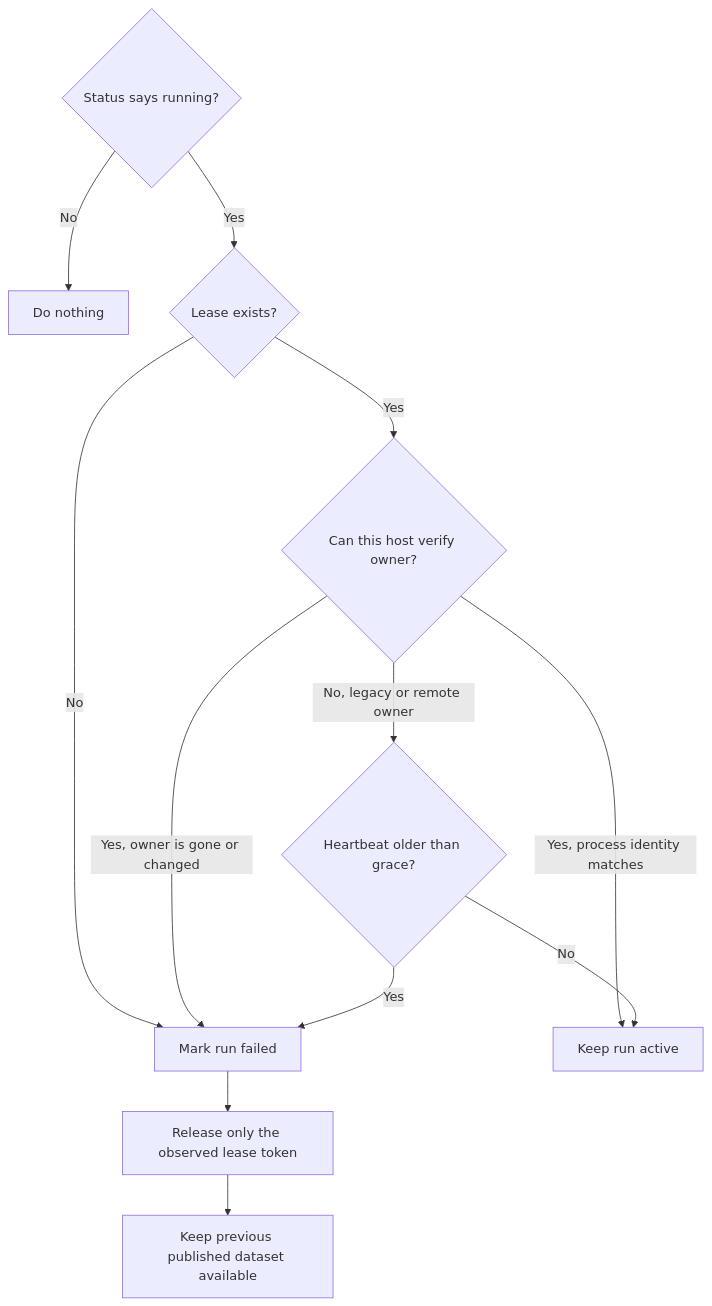
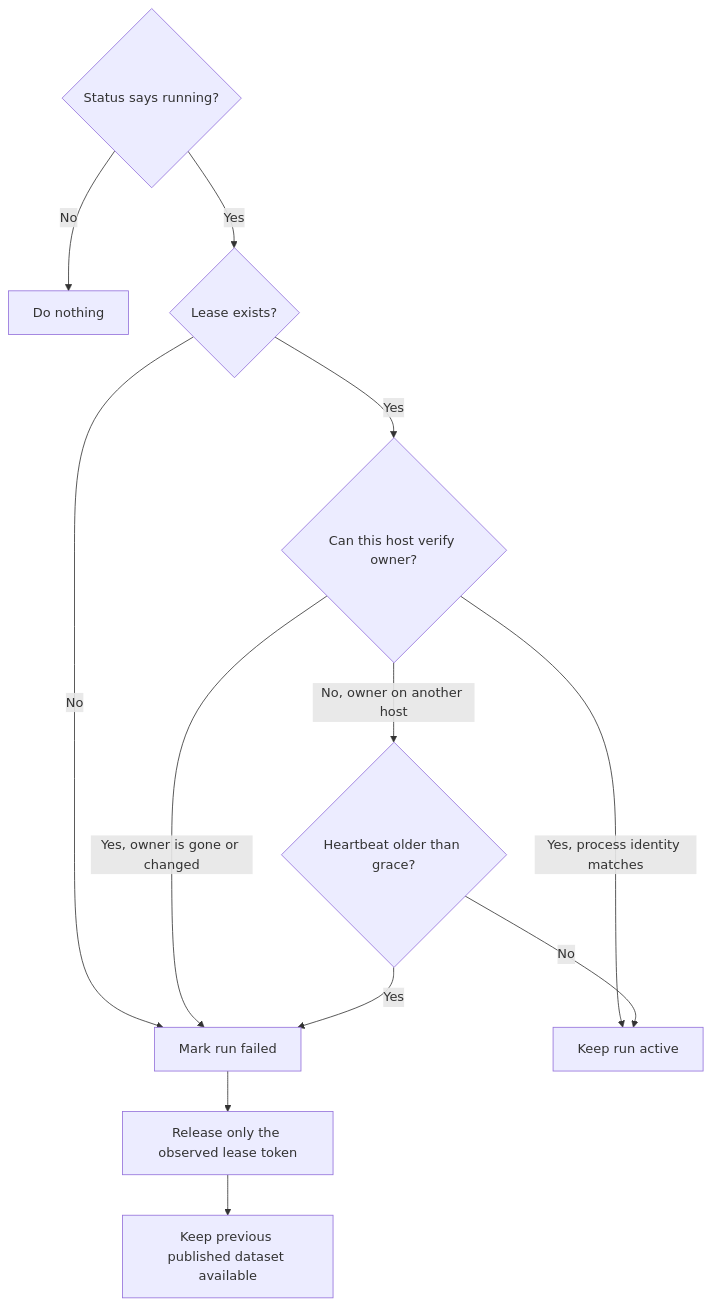
The second of 2 diagrams in documentation/3.3 Background Scheduler.md (openTdataCH/stop_sync_osm_atlas), drawn with Mermaid before and after one commit. The commit also changed other lines of this file and 53 other files, not shown here.

````diff
--- a/documentation/3.3 Background Scheduler.md
+++ b/documentation/3.3 Background Scheduler.md
@@ -79,14 +79,14 @@
 ```mermaid
 flowchart TD
     A{Status says running?} -->|No| Z[Do nothing]
     A -->|Yes| B{Lease exists?}
     B -->|No| F[Mark run failed]
     B -->|Yes| C{Can this host verify owner?}
     C -->|Yes, process identity matches| K[Keep run active]
     C -->|Yes, owner is gone or changed| F
-    C -->|No, legacy or remote owner| H{Heartbeat older than grace?}
+    C -->|No, owner on another host| H{Heartbeat older than grace?}
     H -->|No| K
     H -->|Yes| F
     F --> X[Release only the observed lease token]
     X --> Y[Keep previous published dataset available]
 ```
````
